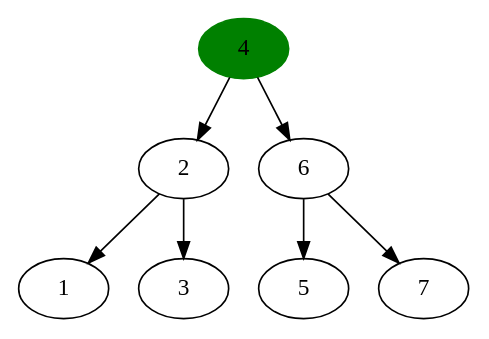
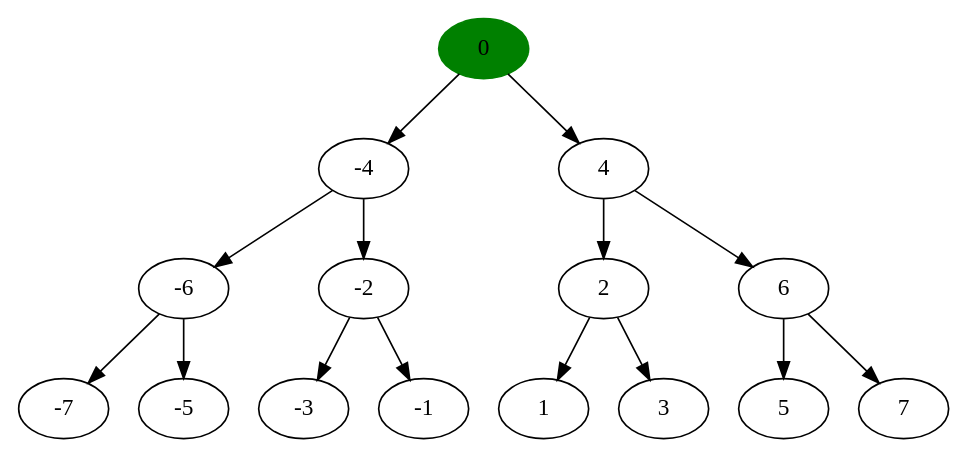
The diagram in algorithm_visualizer/src/save/tmp/tree.dot (Les-Alchimistes-Labs/AlgorithmVisualizer), drawn with Graphviz before and after one commit. The commit also changed 11 other files, not shown here.

```diff
--- a/algorithm_visualizer/src/save/tmp/tree.dot
+++ b/algorithm_visualizer/src/save/tmp/tree.dot
@@ -1,15 +1,32 @@
 digraph tree {
-n4 [label="4", style = filled , color = green]
+//0 -4 -6 -7 -5 -2 -3 -1 4 2 1 3 6 5 7 
+n0 [label="0", style = filled , color = green]
+n_4 [label="-4"]
+n_6 [label="-6"]
+n_7 [label="-7"]
+n_5 [label="-5"]
+n_2 [label="-2"]
+n_3 [label="-3"]
+n_1 [label="-1"]
+n4 [label="4"]
 n2 [label="2"]
 n1 [label="1"]
 n3 [label="3"]
 n6 [label="6"]
 n5 [label="5"]
 n7 [label="7"]
+n0->n_4
+n0->n4
+n_4->n_6
+n_4->n_2
 n4->n2
 n4->n6
+n_6->n_7
+n_6->n_5
+n_2->n_3
+n_2->n_1
 n2->n1
 n2->n3
 n6->n5
 n6->n7
 }
```
